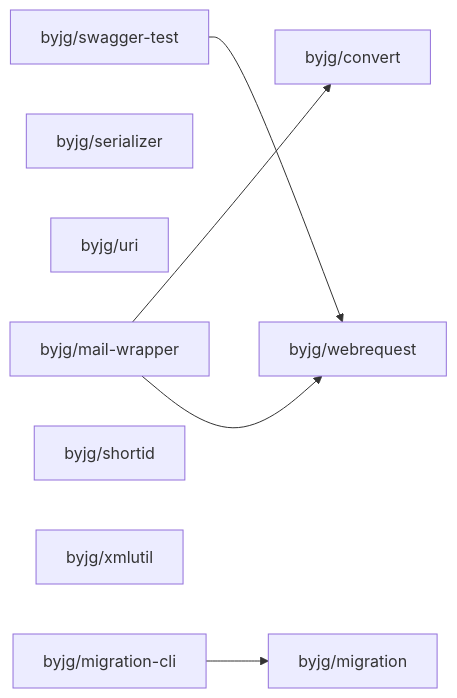
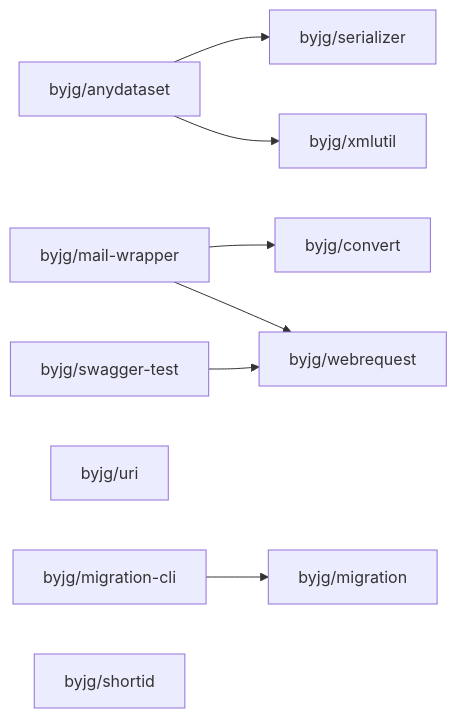
The diagram in php/README.md (byjg/byjg.github.io), drawn with Mermaid before and after one commit. The commit also changed 1 other file, not shown here.

Commit message:
Update documentation 'php' 'php-anydataset'

````diff
--- a/php/README.md
+++ b/php/README.md
@@ -3,17 +3,20 @@
 ```mermaid
 graph LR;
+  byjg/anydataset;
+  byjg/mail-wrapper;
+  byjg/migration-cli;
+  byjg/uri;
   byjg/swagger-test;
+  byjg/shortid;
   byjg/serializer;
-  byjg/uri;
-  byjg/migration-cli;
-  byjg/shortid;
   byjg/xmlutil;
-  byjg/mail-wrapper;
+  byjg/convert;
   byjg/migration;
-  byjg/convert;
   byjg/webrequest;
   byjg/mail-wrapper --> byjg/convert;
   byjg/mail-wrapper --> byjg/webrequest;
   byjg/swagger-test --> byjg/webrequest;
   byjg/migration-cli --> byjg/migration;
+  byjg/anydataset --> byjg/serializer;
+  byjg/anydataset --> byjg/xmlutil;
 ```
````
